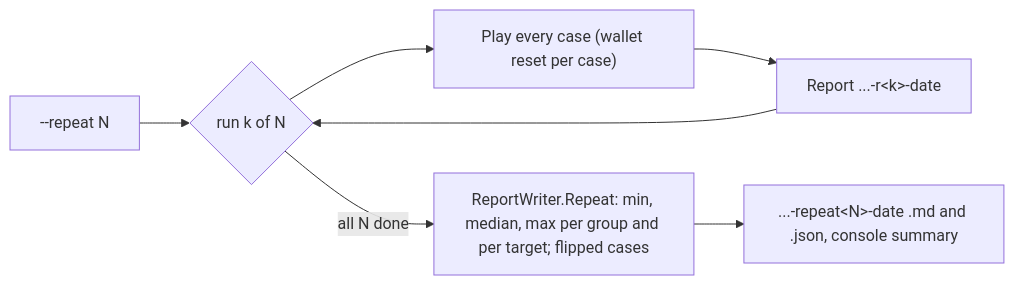
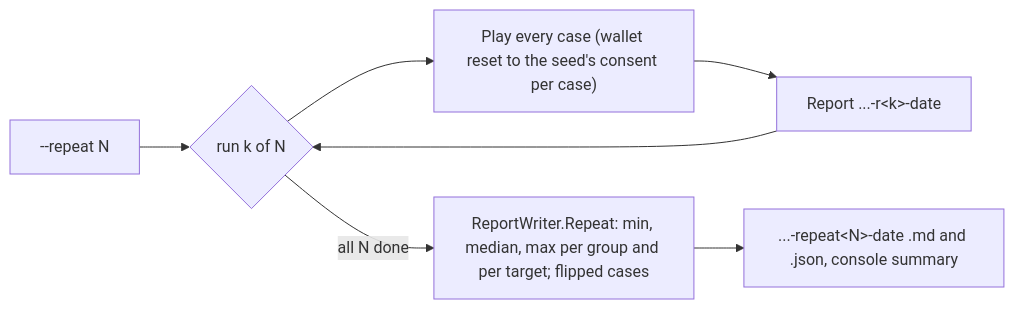
Before and after one commit to Khalil-Alhadidi/Naqoli: the third of 3 diagrams in docs/agent-eval.md, drawn with Mermaid. The commit also changed other lines of this file and 15 other files, not shown here.

````diff
--- a/docs/agent-eval.md
+++ b/docs/agent-eval.md
@@ -160,9 +160,9 @@
 ```mermaid
 flowchart LR
     args["--repeat N"] --> loop{"run k of N"}
-    loop --> play["Play every case (wallet reset per case)"]
+    loop --> play["Play every case (wallet reset to the seed's consent per case)"]
     play --> report["Report ...-r&lt;k&gt;-date"]
     report --> loop
     loop -- "all N done" --> agg["ReportWriter.Repeat: min, median, max per group and per target; flipped cases"]
     agg --> write["...-repeat&lt;N&gt;-date .md and .json, console summary"]
 ```
````
